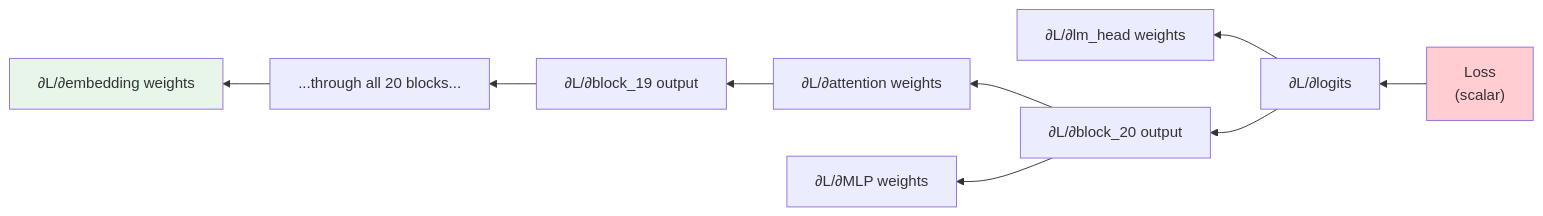
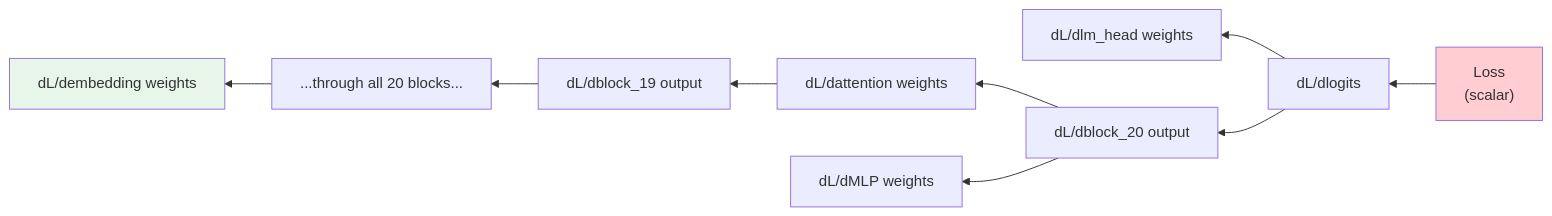
The fourth of 6 diagrams in learn/11_quick_walkthrough.md (meever/nanochat), drawn with Mermaid before and after one commit. The commit also changed other lines of this file and 11 other files, not shown here.

````diff
--- a/learn/11_quick_walkthrough.md
+++ b/learn/11_quick_walkthrough.md
@@ -312,13 +312,13 @@
 ```mermaid
 flowchart RL
-    LOSS["Loss\n(scalar)"] --> LOGITS["∂L/∂logits"]
-    LOGITS --> LM["∂L/∂lm_head weights"]
-    LOGITS --> BLK["∂L/∂block_20 output"]
-    BLK --> ATT["∂L/∂attention weights"]
-    BLK --> MLPW["∂L/∂MLP weights"]
-    ATT --> BLK2["∂L/∂block_19 output"]
+    LOSS["Loss\n(scalar)"] --> LOGITS["dL/dlogits"]
+    LOGITS --> LM["dL/dlm_head weights"]
+    LOGITS --> BLK["dL/dblock_20 output"]
+    BLK --> ATT["dL/dattention weights"]
+    BLK --> MLPW["dL/dMLP weights"]
+    ATT --> BLK2["dL/dblock_19 output"]
     BLK2 --> DOT["...through all 20 blocks..."]
-    DOT --> EMB["∂L/∂embedding weights"]
+    DOT --> EMB["dL/dembedding weights"]
     style LOSS fill:#ffcdd2
     style EMB fill:#e8f5e9
 ```
````
